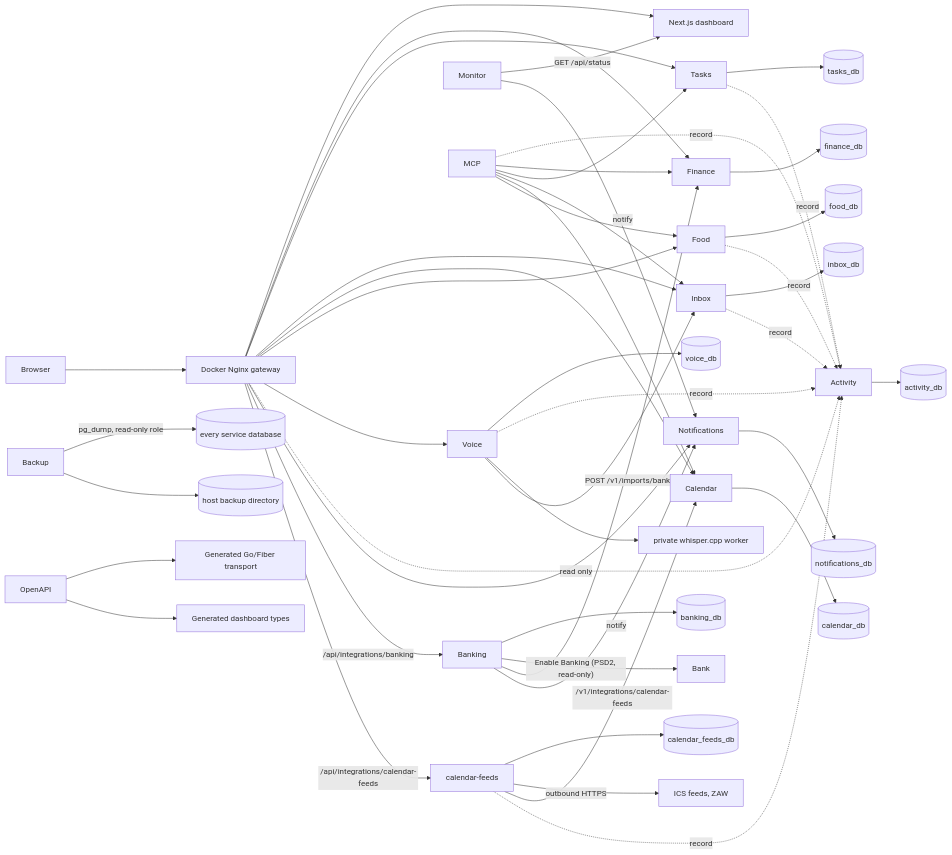
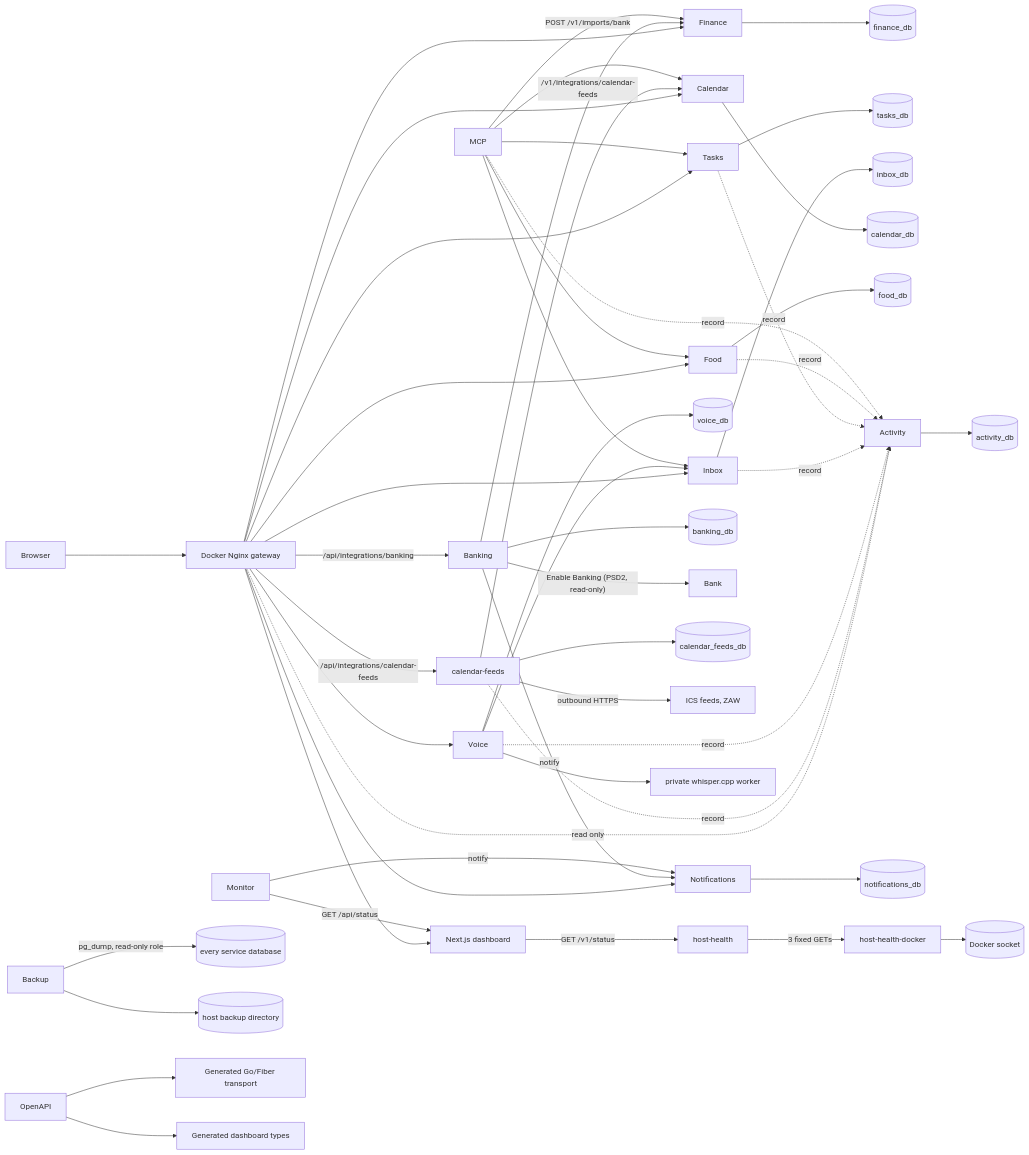
Before and after one commit to GAMch1k/life-os: the diagram in docs/architecture/overview.md, drawn with Mermaid. The commit also changed other lines of this file and 8 other files, not shown here.

````diff
--- a/docs/architecture/overview.md
+++ b/docs/architecture/overview.md
@@ -5,39 +5,41 @@
 ```mermaid
 flowchart LR
   Browser --> Gateway[Docker Nginx gateway]
   Gateway --> Dashboard[Next.js dashboard]
   Gateway --> Finance --> FDB[(finance_db)]
   Gateway --> Tasks --> TDB[(tasks_db)]
   Gateway --> Inbox --> IDB[(inbox_db)]
   Gateway --> Calendar --> CDB[(calendar_db)]
   Gateway --> Food --> FoDB[(food_db)]
   Gateway --> Voice --> VDB[(voice_db)]
   Gateway -. read only .-> Activity --> ADB[(activity_db)]
   Gateway --> Notifications --> NDB[(notifications_db)]
   Gateway -- "/api/integrations/banking" --> Banking --> BDB[(banking_db)]
   Banking -- "Enable Banking (PSD2, read-only)" --> Bank[Bank]
   Banking -- "POST /v1/imports/bank" --> Finance
   Banking -- notify --> Notifications
   Gateway -- "/api/integrations/calendar-feeds" --> Feeds[calendar-feeds] --> FFDB[(calendar_feeds_db)]
   Feeds -- "outbound HTTPS" --> ICS[ICS feeds, ZAW]
   Feeds -- "/v1/integrations/calendar-feeds" --> Calendar
   Feeds -. record .-> Activity
   Monitor -- "GET /api/status" --> Dashboard
   Monitor -- notify --> Notifications
   Backup -- "pg_dump, read-only role" --> PG[(every service database)]
   Backup --> BDir[(host backup directory)]
+  Dashboard -- "GET /v1/status" --> HostHealth[host-health]
+  HostHealth -- "3 fixed GETs" --> DockerGW[host-health-docker] --> DockerSock[(Docker socket)]
   Voice -. record .-> Activity
   Inbox -. record .-> Activity
   Tasks -. record .-> Activity
   Food -. record .-> Activity
   MCP -. record .-> Activity
   Voice --> Whisper[private whisper.cpp worker]
   Voice --> Inbox
   MCP --> Finance
   MCP --> Tasks
   MCP --> Inbox
   MCP --> Calendar
   MCP --> Food
   OpenAPI --> Go[Generated Go/Fiber transport]
   OpenAPI --> TS[Generated dashboard types]
 ```
````
